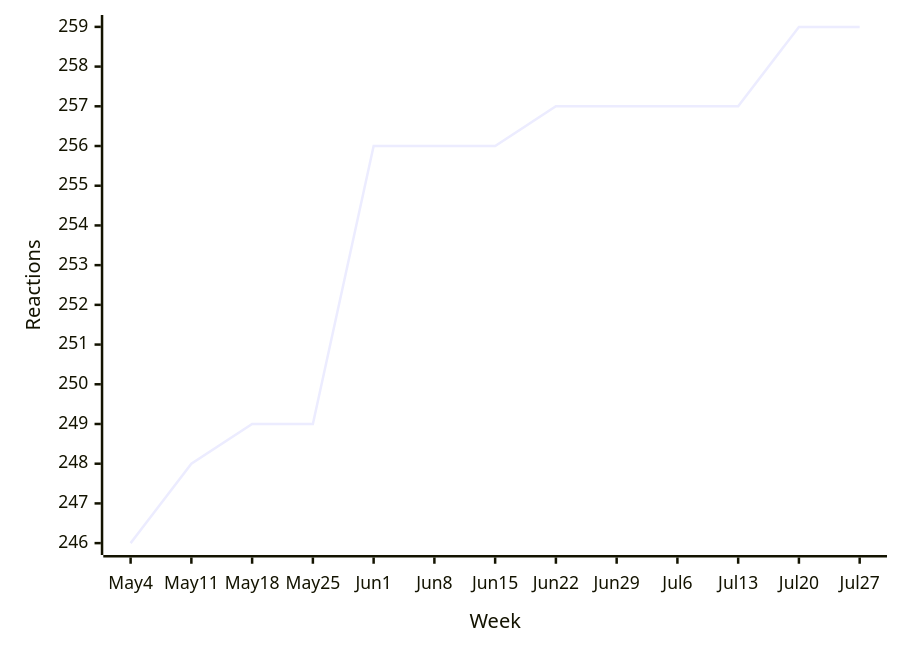
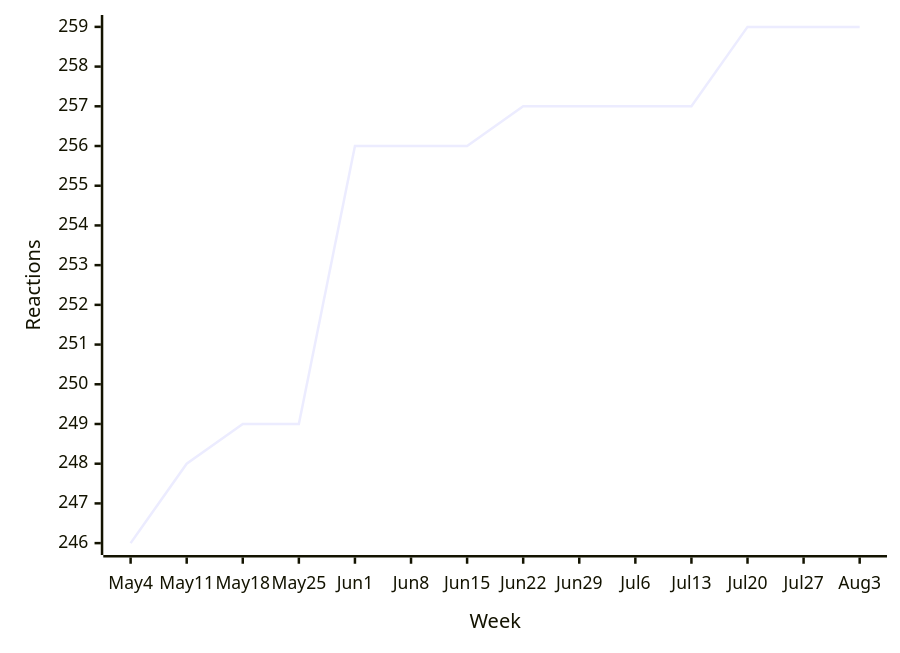
Before and after one commit to loic-sharma/github-insights: diagram 13 of 44 in README.md, drawn with Mermaid. The commit also changed other lines of this file and 3 other files, not shown here.

````diff
--- a/README.md
+++ b/README.md
@@ -543,6 +543,6 @@
   ```mermaid
   xychart-beta
-    x-axis "Week" [May 4, May 11, May 18, May 25, Jun 1, Jun 8, Jun 15, Jun 22, Jun 29, Jul 6, Jul 13, Jul 20, Jul 27]
+    x-axis "Week" [May 4, May 11, May 18, May 25, Jun 1, Jun 8, Jun 15, Jun 22, Jun 29, Jul 6, Jul 13, Jul 20, Jul 27, Aug 3]
     y-axis "Reactions"
-    line [246, 248, 249, 249, 256, 256, 256, 257, 257, 257, 257, 259, 259]
+    line [246, 248, 249, 249, 256, 256, 256, 257, 257, 257, 257, 259, 259, 259]
   ```
````
